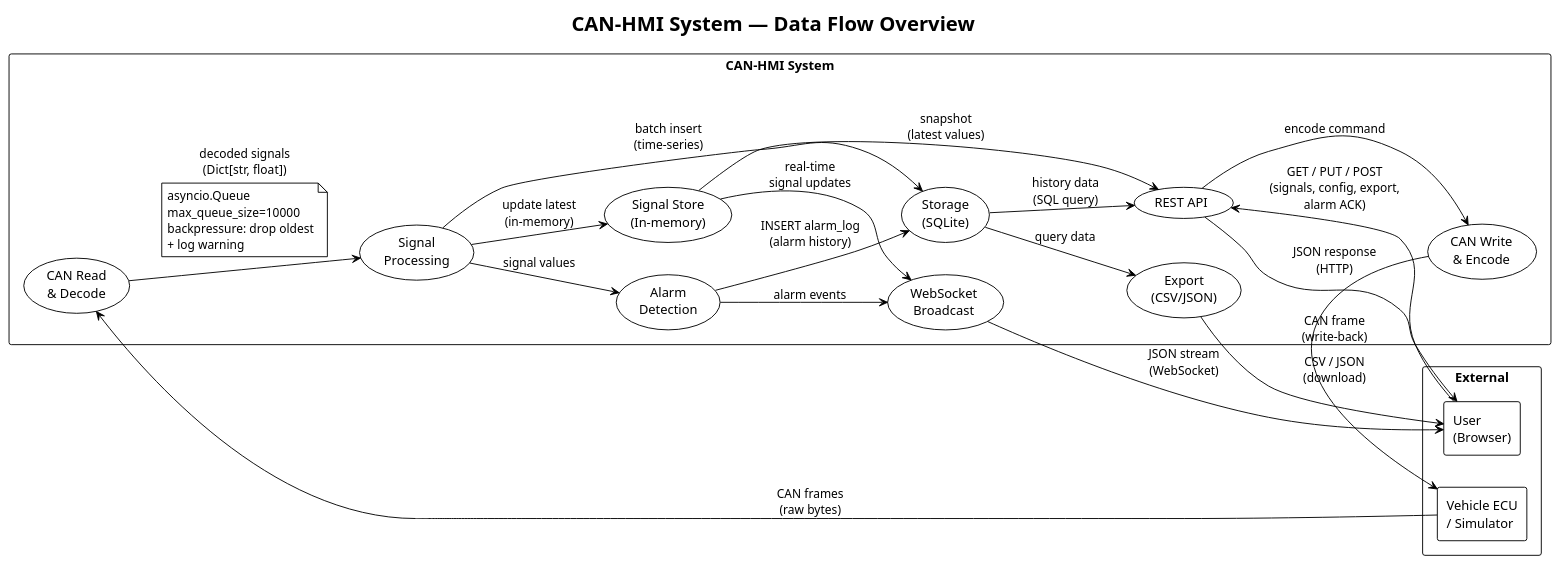
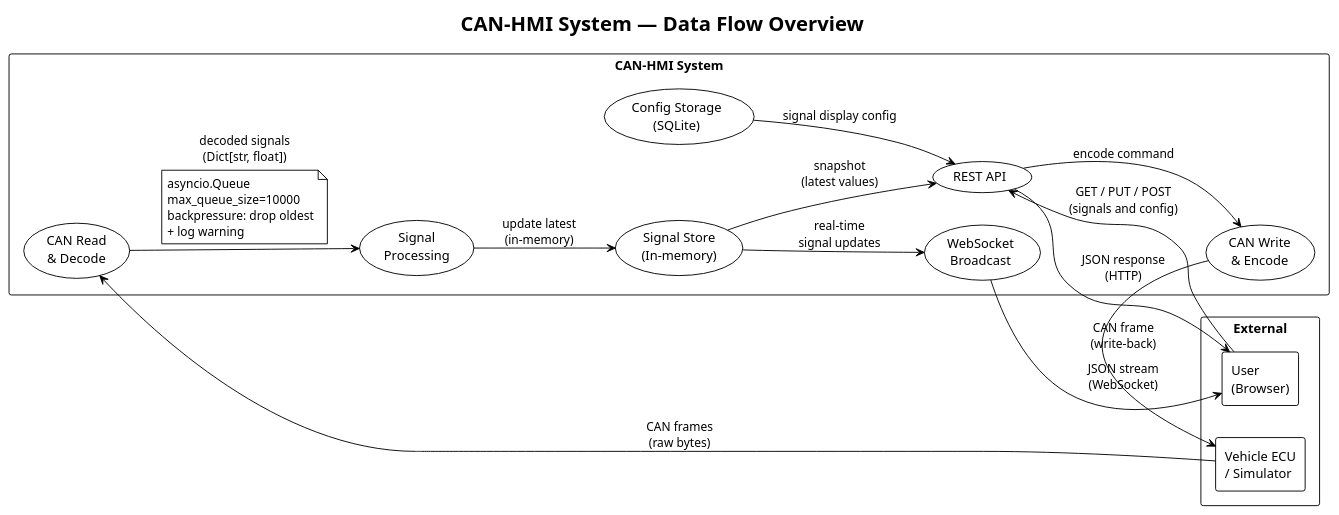
The diagram in diagram/12_data_flow.puml (3tdn/car-hmi), drawn with PlantUML before and after one commit. The commit also changed 58 other files, not shown here.

```diff
--- a/diagram/12_data_flow.puml
+++ b/diagram/12_data_flow.puml
@@ -1,48 +1,40 @@
 @startuml Data Flow Diagram
 !theme plain
 title CAN-HMI System — Data Flow Overview
 
 left to right direction
 
 rectangle "External" {
     agent "Vehicle ECU\n/ Simulator" as ecu
     agent "User\n(Browser)" as user
 }
 
 rectangle "CAN-HMI System" {
     usecase "CAN Read\n& Decode" as read
     usecase "Signal\nProcessing" as proc
-    usecase "Alarm\nDetection" as alarm
     usecase "Signal Store\n(In-memory)" as memstore
-    usecase "Storage\n(SQLite)" as store
+    usecase "Config Storage\n(SQLite)" as store
     usecase "REST API" as rest
     usecase "WebSocket\nBroadcast" as wsbc
     usecase "CAN Write\n& Encode" as write
-    usecase "Export\n(CSV/JSON)" as export
 }
 
 ecu --> read : "CAN frames\n(raw bytes)"
 read --> proc : "decoded signals\n(Dict[str, float])"
 note on link
   asyncio.Queue
   max_queue_size=10000
   backpressure: drop oldest
   + log warning
 end note
-proc --> alarm : "signal values"
 proc --> memstore : "update latest\n(in-memory)"
-proc --> store : "batch insert\n(time-series)"
 memstore --> wsbc : "real-time\nsignal updates"
 memstore --> rest : "snapshot\n(latest values)"
-alarm --> wsbc : "alarm events"
-alarm --> store : "INSERT alarm_log\n(alarm history)"
-store --> rest : "history data\n(SQL query)"
-store --> export : "query data"
-export --> user : "CSV / JSON\n(download)"
+store --> rest : "signal display config"
 wsbc --> user : "JSON stream\n(WebSocket)"
 rest --> user : "JSON response\n(HTTP)"
-user --> rest : "GET / PUT / POST\n(signals, config, export,\nalarm ACK)"
+user --> rest : "GET / PUT / POST\n(signals and config)"
 rest --> write : "encode command"
 write --> ecu : "CAN frame\n(write-back)"
 
 @enduml
```
